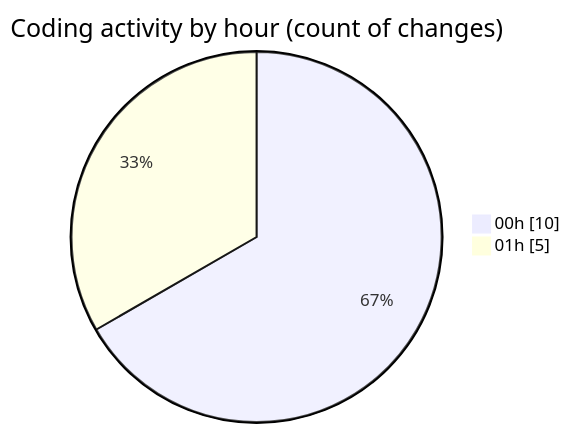
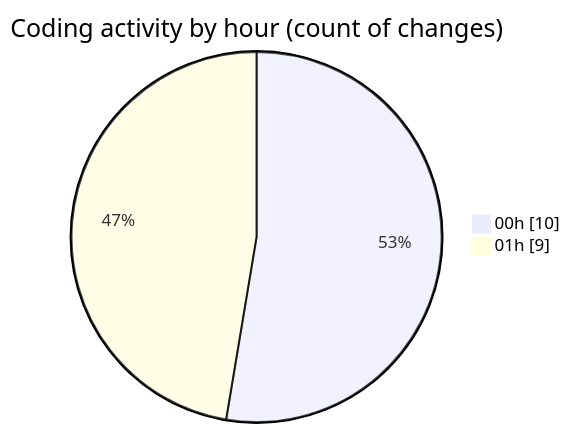
The second of 2 diagrams in 2025-06-18/studio-backend/README.md (idhammustaqopulfikri/code-tracking), drawn with Mermaid before and after one commit. The commit also changed other lines of this file and 1 other file, not shown here.

````diff
--- a/2025-06-18/studio-backend/README.md
+++ b/2025-06-18/studio-backend/README.md
@@ -29,6 +30,6 @@
 ```mermaid
 pie showData
 title Coding activity by hour (count of changes)
 "00h" : 10
-"01h" : 5
+"01h" : 9
 ```
````
